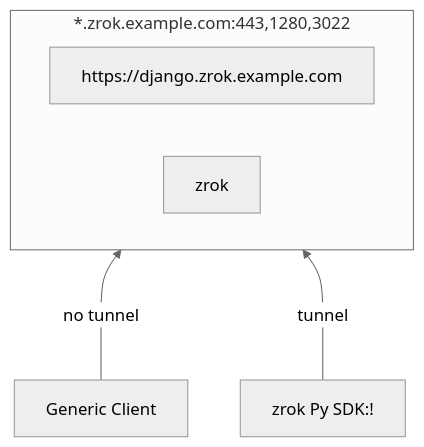
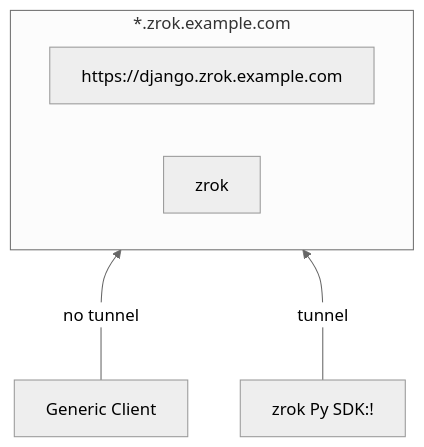
The seventh of 8 diagrams in source/patch-v-proxy/Patch v. Proxy.md (qrkourier/decks), drawn with Mermaid (neutral theme) before and after one commit. The commit also changed other lines of this file, not shown here.

````diff
--- a/source/patch-v-proxy/Patch v. Proxy.md
+++ b/source/patch-v-proxy/Patch v. Proxy.md
@@ -540,11 +674,11 @@
 ```mermaid
 graph BT
-    subgraph S[*.zrok.example.com:443,1280,3022]
+    subgraph S[*.zrok.example.com]
         direction RL
         P[https://django.zrok.example.com]
         B[zrok]
     end
     A[Generic Client] --->|no tunnel| P
     C[zrok Py SDK:!] --->|tunnel| B
 
 ```
````
